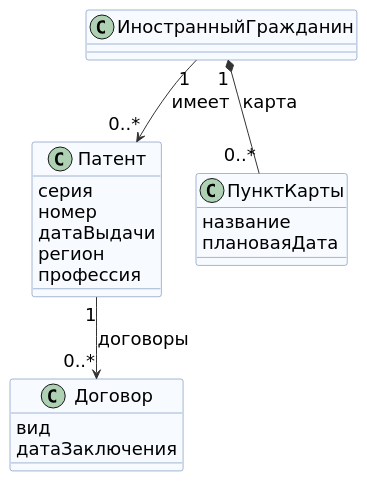
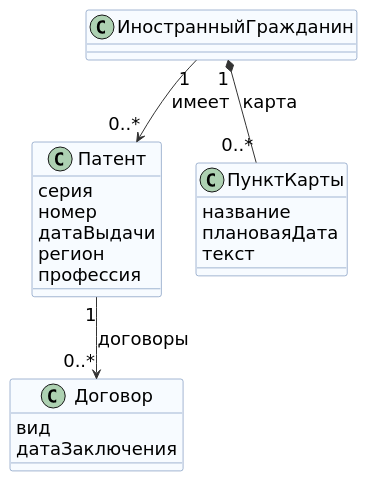
The diagram in tsu/5sem/Функциональное моделирование систем/документы/src/class-diagram.puml (mflkee/study), drawn with PlantUML before and after one commit. The commit also changed 11 other files, not shown here.

```diff
--- a/tsu/5sem/Функциональное моделирование систем/документы/src/class-diagram.puml
+++ b/tsu/5sem/Функциональное моделирование систем/документы/src/class-diagram.puml
@@ -1,36 +1,37 @@
 @startuml class-diagram
 ' Лаб. 2: модель предметной области. Четыре класса, только то, что нужно сценариям лабы 1.
 skinparam shadowing false
 skinparam defaultFontName "DejaVu Sans"
 skinparam defaultFontSize 18
 skinparam classAttributeIconSize 0
 skinparam class {
   BackgroundColor #F7FBFF
   BorderColor #4A6FA5
 }
 skinparam ArrowColor #333333
 
 class ИностранныйГражданин
 
 class Патент {
   серия
   номер
   датаВыдачи
   регион
   профессия
 }
 
 class Договор {
   вид
   датаЗаключения
 }
 
 class ПунктКарты {
   название
   плановаяДата
+  текст
 }
 
 ИностранныйГражданин "1" --> "0..*" Патент : имеет
 Патент "1" --> "0..*" Договор : договоры
 ИностранныйГражданин "1" *-- "0..*" ПунктКарты : карта
 @enduml
```
